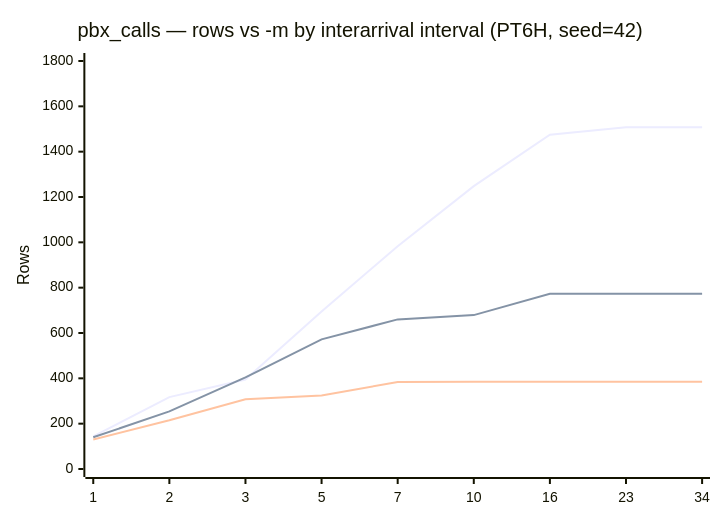
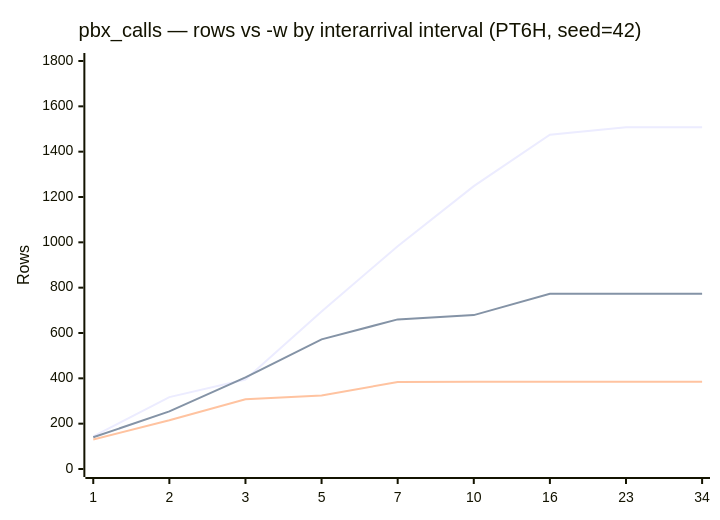
The second of 2 diagrams in docs/presets/pbx_calls.md (implydata/imply-eventgenerator), drawn with Mermaid before and after one commit. The commit also changed other lines of this file and 22 other files, not shown here.

````diff
--- a/docs/presets/pbx_calls.md
+++ b/docs/presets/pbx_calls.md
@@ -85,9 +85,9 @@
 ```mermaid
 xychart-beta
-    title "pbx_calls — rows vs -m by interarrival interval (PT6H, seed=42)"
+    title "pbx_calls — rows vs -w by interarrival interval (PT6H, seed=42)"
     x-axis [1, 2, 3, 5, 7, 10, 16, 23, 34]
     y-axis "Rows" 0 --> 1800
     line [144, 317, 395, 695, 983, 1248, 1475, 1508, 1508]
     line [140, 254, 404, 572, 660, 679, 773, 773, 773]
     line [130, 215, 308, 324, 384, 385, 385, 385, 385]
 ```
````
